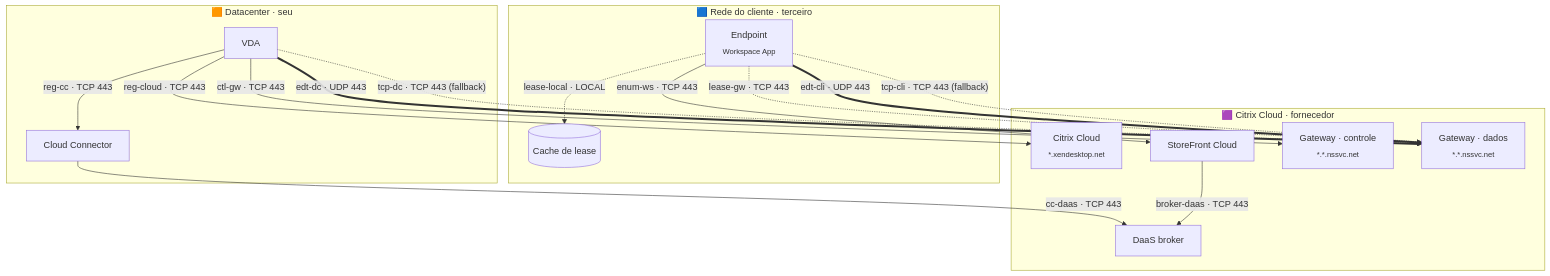
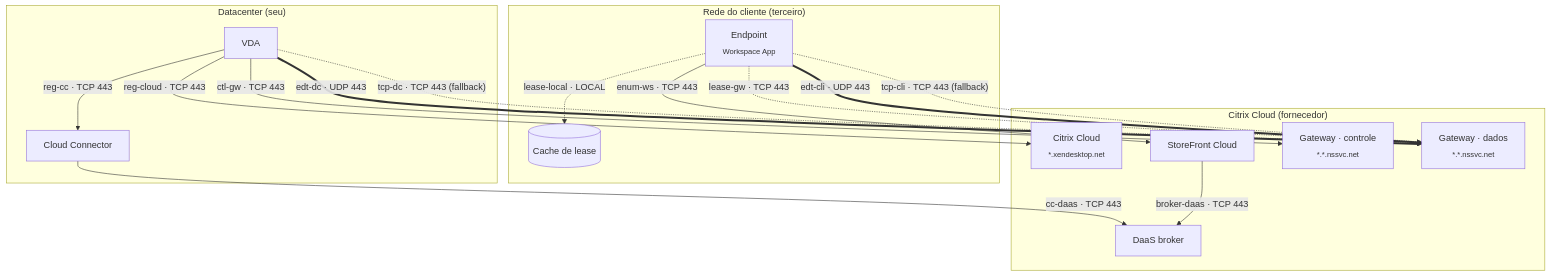
The second of 12 diagrams in README.md (tr0drigues/gemeodigital), drawn with Mermaid before and after one commit. The commit also changed other lines of this file and 2 other files, not shown here.

````diff
--- a/README.md
+++ b/README.md
@@ -165,31 +89,31 @@
 ```mermaid
 flowchart TB
-    subgraph DC["🟧 Datacenter · seu"]
+    subgraph DC["Datacenter (seu)"]
         VDA[VDA]
         CC[Cloud Connector]
     end
-    subgraph CL["🟦 Rede do cliente · terceiro"]
+    subgraph CL["Rede do cliente (terceiro)"]
         EP[Endpoint<br/><sub>Workspace App</sub>]
         LE[(Cache de lease)]
     end
-    subgraph CX["🟪 Citrix Cloud · fornecedor"]
+    subgraph CX["Citrix Cloud (fornecedor)"]
         CLOUD[Citrix Cloud<br/><sub>*.xendesktop.net</sub>]
         WS[StoreFront Cloud]
         DAAS[DaaS broker]
         GWC[Gateway · controle<br/><sub>*.*.nssvc.net</sub>]
         GWH[Gateway · dados<br/><sub>*.*.nssvc.net</sub>]
     end
 
     VDA -- "reg-cloud · TCP 443" --> CLOUD
     VDA -- "reg-cc · TCP 443" --> CC
     VDA -- "ctl-gw · TCP 443" --> GWC
     CC  -- "cc-daas · TCP 443" --> DAAS
     EP  -- "enum-ws · TCP 443" --> WS
     WS  -- "broker-daas · TCP 443" --> DAAS
     EP  -. "lease-local · LOCAL" .-> LE
     EP  -. "lease-gw · TCP 443" .-> GWH
     VDA == "edt-dc · UDP 443" ==> GWH
     EP  == "edt-cli · UDP 443" ==> GWH
     VDA -. "tcp-dc · TCP 443 (fallback)" .-> GWH
     EP  -. "tcp-cli · TCP 443 (fallback)" .-> GWH
 ```
````
